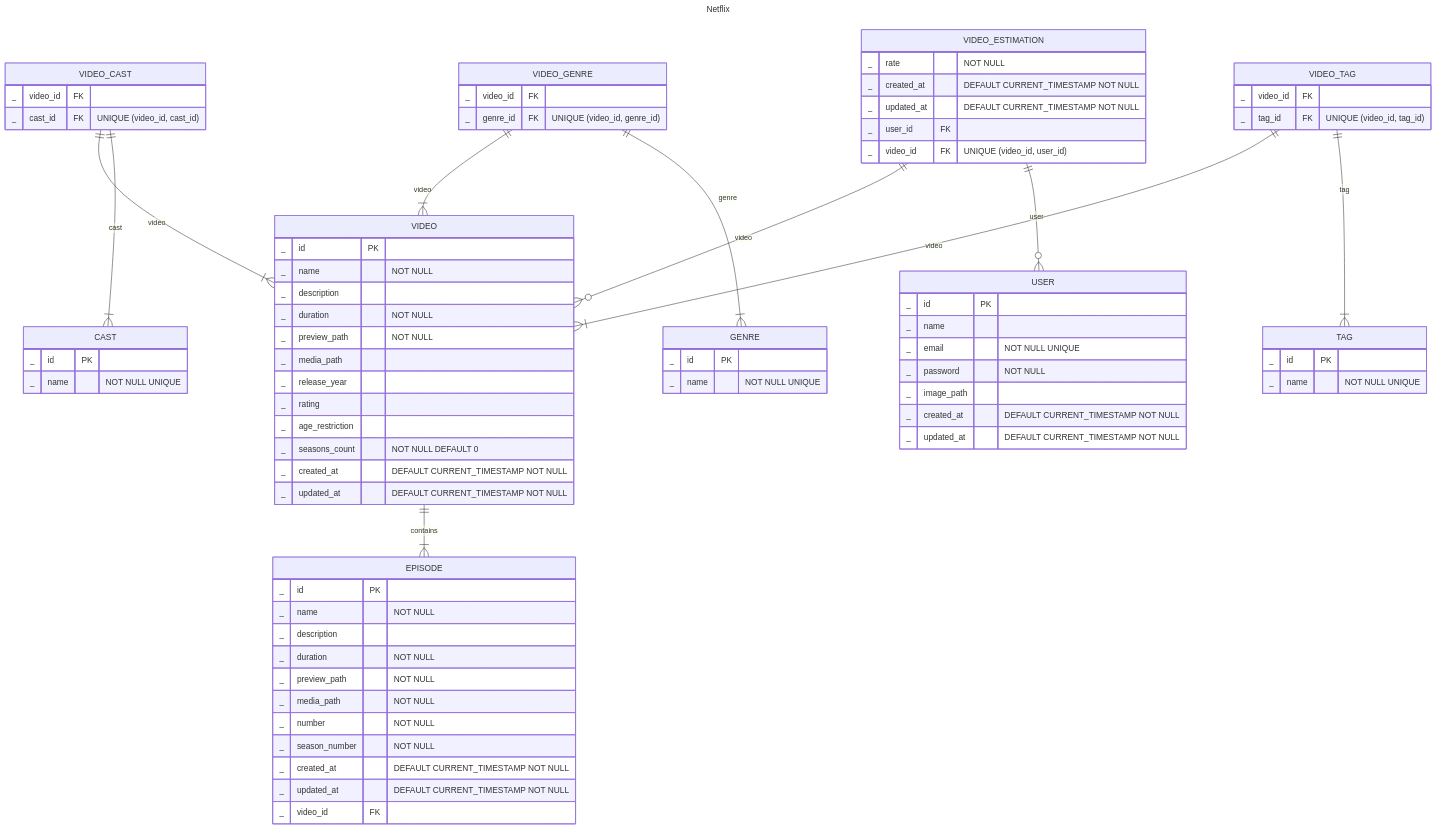
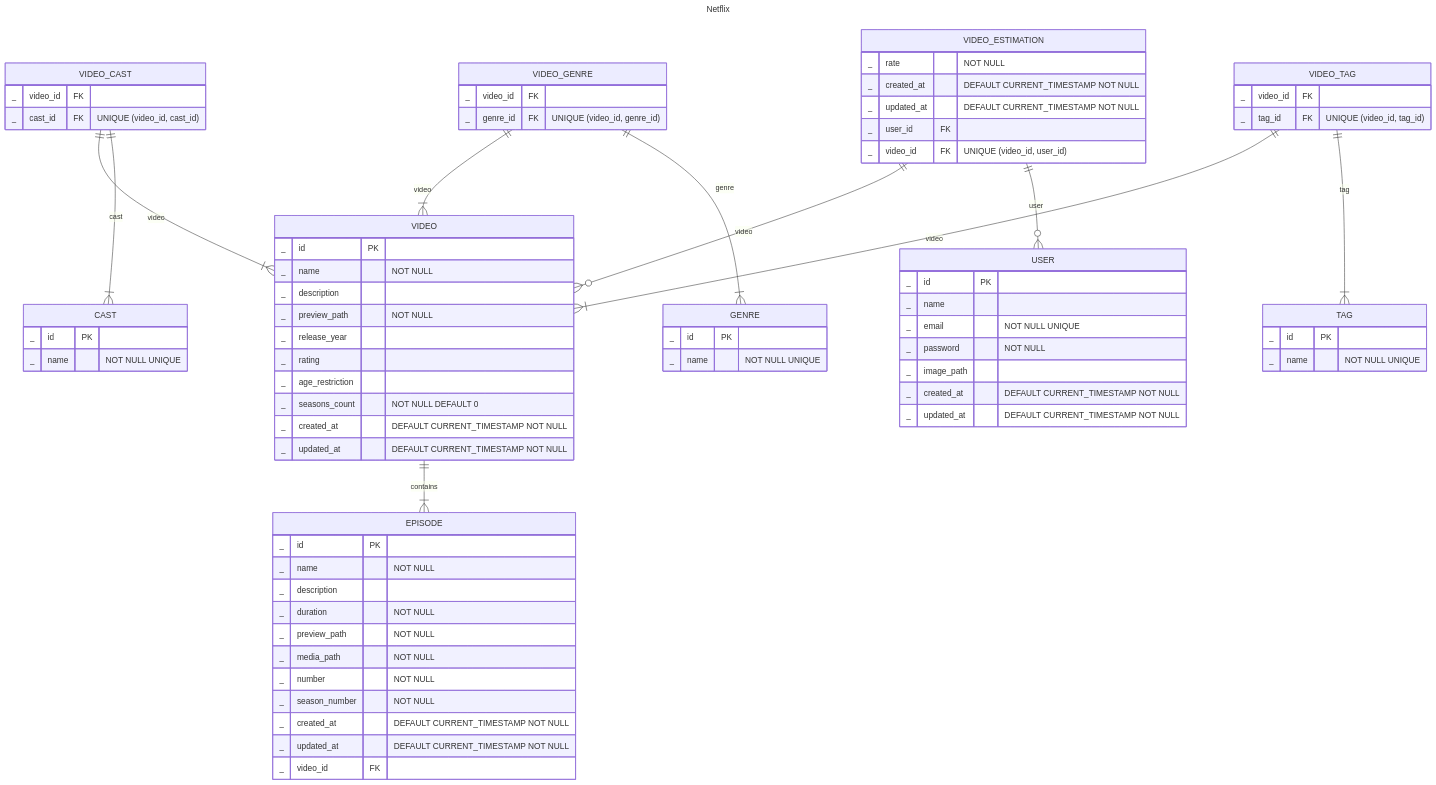
The diagram in db/ER.md (go-park-mail-ru/2023_2_Holi), drawn with Mermaid before and after one commit. The commit also changed other lines of this file and 1 other file, not shown here.

```diff
--- a/db/ER.md
+++ b/db/ER.md
@@ -49,9 +50,7 @@
         _ id PK
         _ name "NOT NULL"
         _ description
-        _ duration "NOT NULL"
         _ preview_path "NOT NULL"
-        _ media_path
         _ release_year
         _ rating
         _ age_restriction
```
